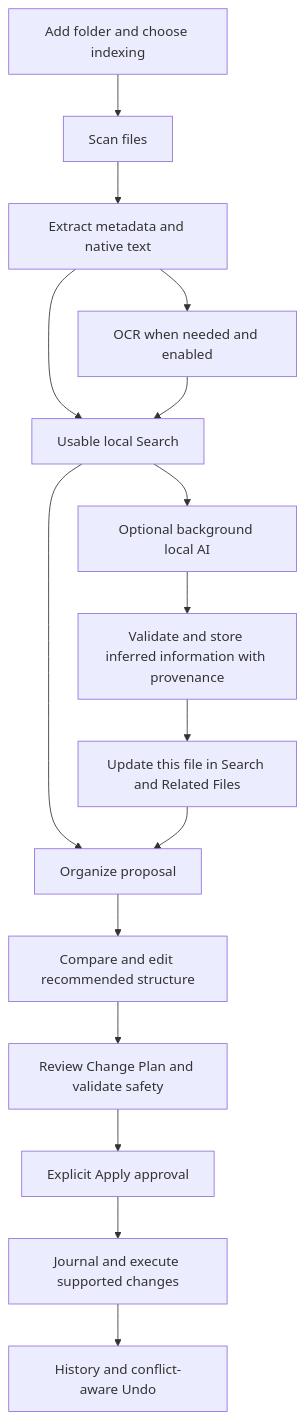
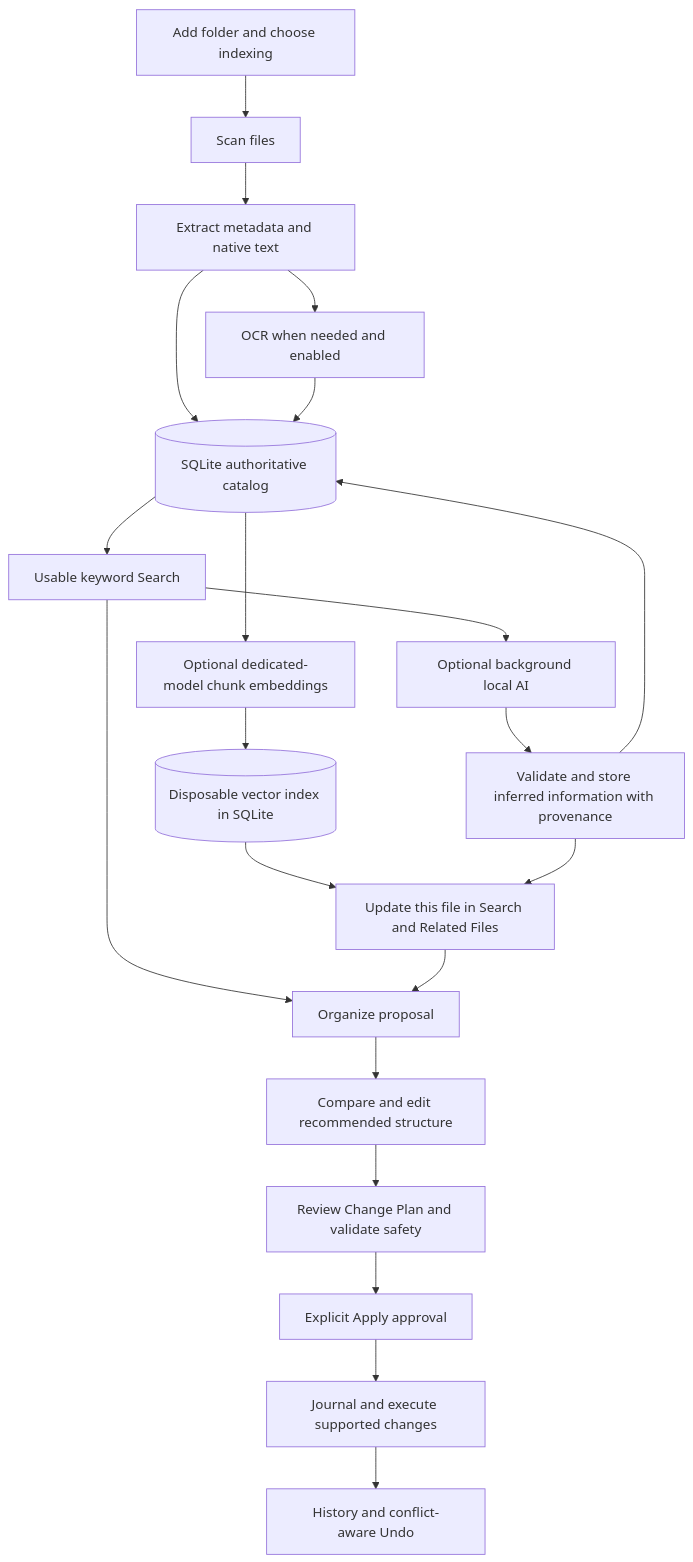
The diagram in docs/HOW_OMNISORSE_WORKS.md (nishdel/OmniSorSe), drawn with Mermaid before and after one commit. The commit also changed other lines of this file and 56 other files, not shown here.

Commit message:
Add local learned-vector hybrid search for v3 release candidate

````diff
--- a/docs/HOW_OMNISORSE_WORKS.md
+++ b/docs/HOW_OMNISORSE_WORKS.md
@@ -13,18 +13,23 @@
 ```mermaid
 flowchart TD
     A[Add folder and choose indexing] --> B[Scan files]
     B --> C[Extract metadata and native text]
     C --> D[OCR when needed and enabled]
-    C --> E[Usable local Search]
-    D --> E
+    C --> DB[(SQLite authoritative catalog)]
+    D --> DB
+    DB --> E[Usable keyword Search]
     E --> F[Optional background local AI]
     F --> G[Validate and store inferred information with provenance]
+    G --> DB
+    DB --> V[Optional dedicated-model chunk embeddings]
+    V --> VI[(Disposable vector index in SQLite)]
+    VI --> H
     G --> H[Update this file in Search and Related Files]
     E --> I[Organize proposal]
     H --> I
     I --> J[Compare and edit recommended structure]
     J --> K[Review Change Plan and validate safety]
     K --> L[Explicit Apply approval]
     L --> M[Journal and execute supported changes]
     M --> N[History and conflict-aware Undo]
 ```
````
